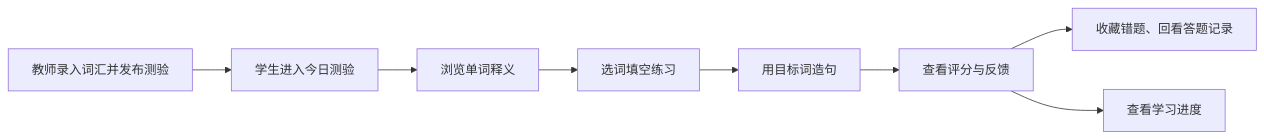
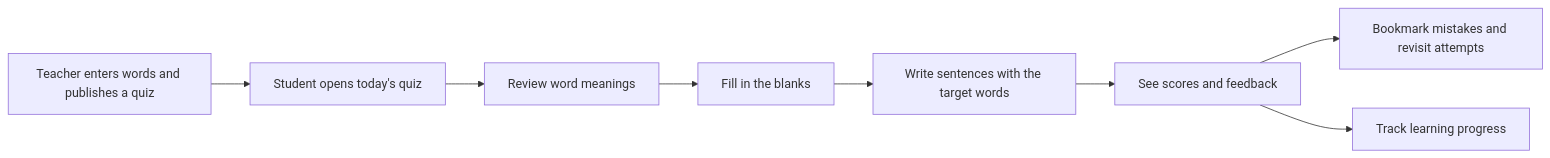
One commit to Hcrab/Lexilab-alpha changed the first of 2 diagrams in README.md. Above: the diagram before and after it, drawn with Mermaid. The commit also changed other lines of this file and 2 other files, not shown here.

````diff
--- a/README.md
+++ b/README.md
@@ -25,10 +27,10 @@
 ```mermaid
 flowchart LR
-    T["教师录入词汇并发布测验"] --> Q["学生进入今日测验"]
-    Q --> V["浏览单词释义"]
-    V --> B["选词填空练习"]
-    B --> S["用目标词造句"]
-    S --> F["查看评分与反馈"]
-    F --> R["收藏错题、回看答题记录"]
-    F --> P["查看学习进度"]
+    T["Teacher enters words and publishes a quiz"] --> Q["Student opens today's quiz"]
+    Q --> V["Review word meanings"]
+    V --> B["Fill in the blanks"]
+    B --> S["Write sentences with the target words"]
+    S --> F["See scores and feedback"]
+    F --> R["Bookmark mistakes and revisit attempts"]
+    F --> P["Track learning progress"]
 ```
````
